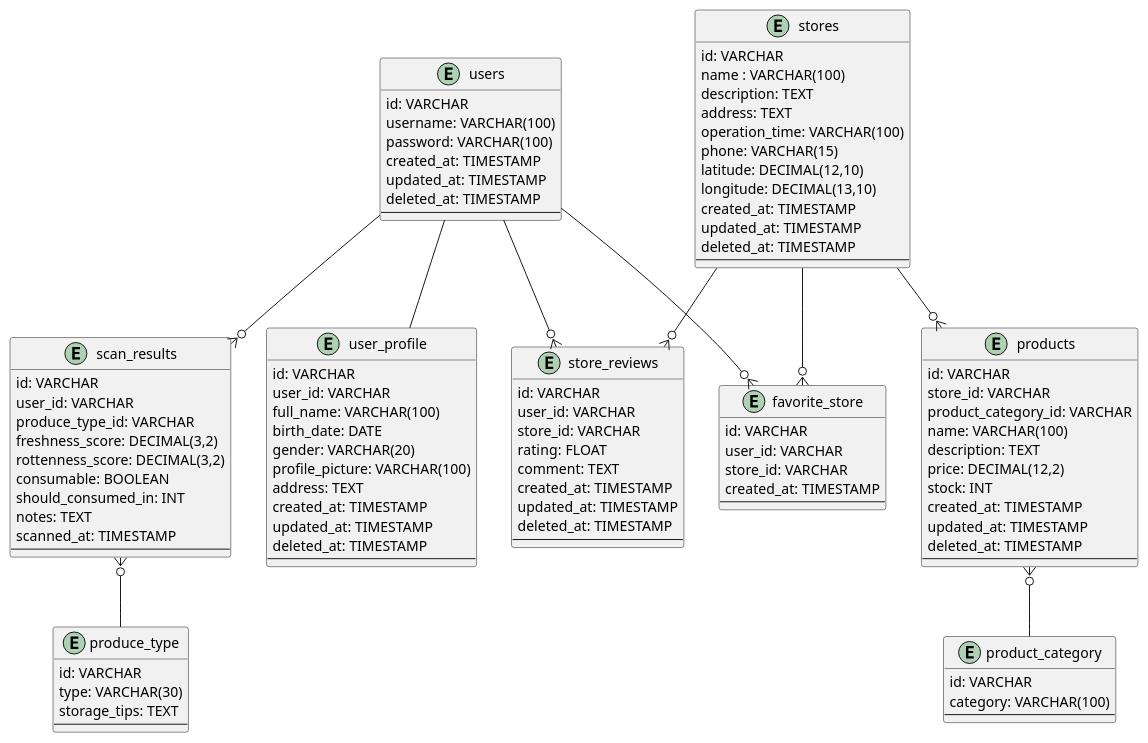
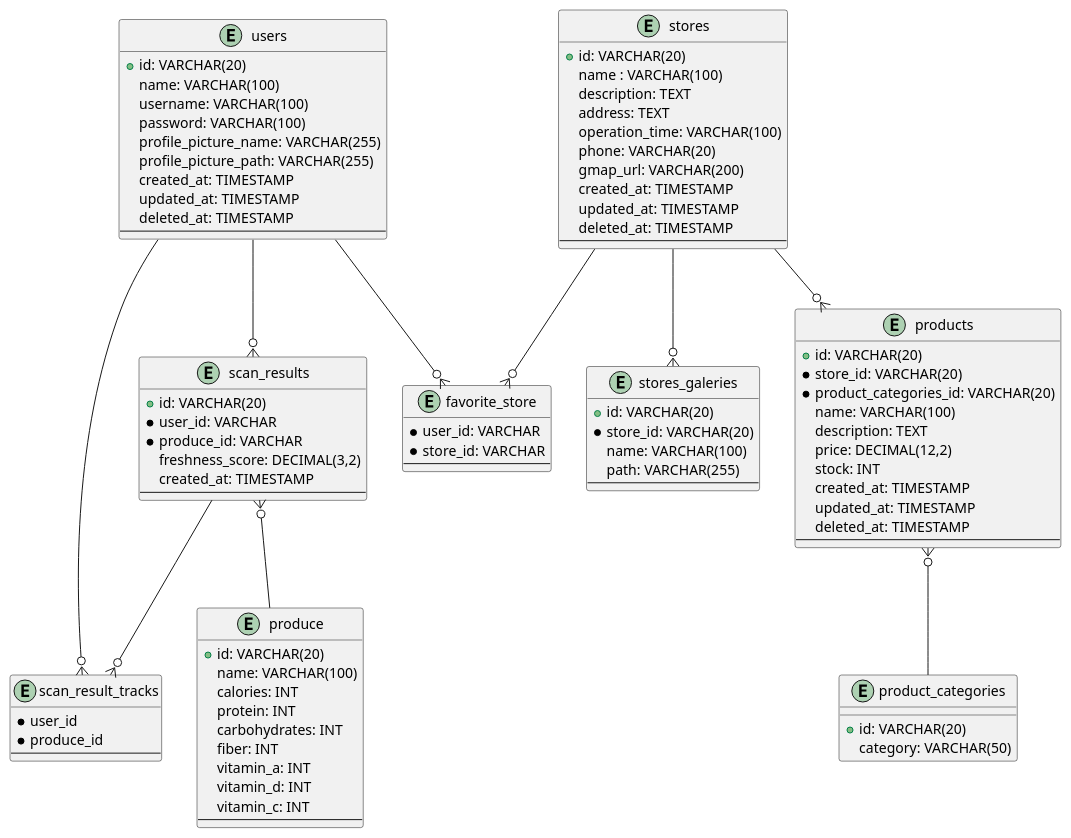
Before and after one commit to C242-PS431/fresh-guard-backend: the diagram in docs/erd/fresh-guard-erd.plantuml, drawn with PlantUML. The commit also changed 4 other files, not shown here.

Commit message:
modified ERD and show ERD image in REAME.md

```diff
--- a/docs/erd/fresh-guard-erd.plantuml
+++ b/docs/erd/fresh-guard-erd.plantuml
@@ -1,112 +1,101 @@
 @startuml fresh-guard-erd
 
 entity users {
-    id: VARCHAR
+    +id: VARCHAR(20)
+    name: VARCHAR(100)
     username: VARCHAR(100)
     password: VARCHAR(100)
-    created_at: TIMESTAMP
-    updated_at: TIMESTAMP
-    deleted_at: TIMESTAMP
-    --
-}
-
-entity user_profile {
-    id: VARCHAR
-    user_id: VARCHAR
-    full_name: VARCHAR(100)
-    birth_date: DATE
-    gender: VARCHAR(20)
-    profile_picture: VARCHAR(100)
-    address: TEXT
+    profile_picture_name: VARCHAR(255)
+    profile_picture_path: VARCHAR(255)
     created_at: TIMESTAMP
     updated_at: TIMESTAMP
     deleted_at: TIMESTAMP
     --
 }
 
 entity scan_results {
-    id: VARCHAR
-    user_id: VARCHAR
-    produce_type_id: VARCHAR
+    +id: VARCHAR(20)
+    *user_id: VARCHAR
+    *produce_id: VARCHAR
     freshness_score: DECIMAL(3,2)
-    rottenness_score: DECIMAL(3,2)
-    consumable: BOOLEAN
-    should_consumed_in: INT
-    notes: TEXT
-    scanned_at: TIMESTAMP
+    created_at: TIMESTAMP
     --
 }
 
-entity produce_type {
-    id: VARCHAR
-    type: VARCHAR(30)
-    storage_tips: TEXT
+entity scan_result_tracks {
+    *user_id
+    *produce_id
+    --
+}
+
+entity produce {
+    +id: VARCHAR(20)
+    name: VARCHAR(100)
+    calories: INT
+    protein: INT
+    carbohydrates: INT 
+    fiber: INT
+    vitamin_a: INT
+    vitamin_d: INT
+    vitamin_c: INT
     --
 }
 
 entity stores {
-    id: VARCHAR
+    +id: VARCHAR(20)
     name : VARCHAR(100)
     description: TEXT
     address: TEXT
     operation_time: VARCHAR(100)
-    phone: VARCHAR(15)
-    latitude: DECIMAL(12,10)
-    longitude: DECIMAL(13,10)
+    phone: VARCHAR(20)
+    gmap_url: VARCHAR(200)
     created_at: TIMESTAMP
     updated_at: TIMESTAMP
     deleted_at: TIMESTAMP
     --
 }
 
-entity favorite_store {
-    id: VARCHAR
-    user_id: VARCHAR
-    store_id: VARCHAR
-    created_at: TIMESTAMP
+entity stores_galeries {
+    +id: VARCHAR(20)
+    *store_id: VARCHAR(20)
+    name: VARCHAR(100)
+    path: VARCHAR(255)
     --
 }
 
-entity store_reviews {
-    id: VARCHAR
-    user_id: VARCHAR
-    store_id: VARCHAR
-    rating: FLOAT
-    comment: TEXT
-    created_at: TIMESTAMP
-    updated_at: TIMESTAMP
-    deleted_at: TIMESTAMP
+entity favorite_store {
+    *user_id: VARCHAR
+    *store_id: VARCHAR
     --
 }
 
 entity products {
-    id: VARCHAR
-    store_id: VARCHAR
-    product_category_id: VARCHAR
+    +id: VARCHAR(20)
+    *store_id: VARCHAR(20)
+    *product_categories_id: VARCHAR(20)
     name: VARCHAR(100)
     description: TEXT
     price: DECIMAL(12,2)
     stock: INT
     created_at: TIMESTAMP
     updated_at: TIMESTAMP
     deleted_at: TIMESTAMP
     ---
 }
 
-entity product_category {
-    id: VARCHAR
-    category: VARCHAR(100)
-    ---
+entity product_categories {
+    +id: VARCHAR(20)
+    category: VARCHAR(50)
 }
 
 ' Relations
-users -- user_profile
 users --o{ scan_results
-scan_results }o-- produce_type
+scan_results }o-- produce
 users --o{ favorite_store
 stores --o{ favorite_store
-users --o{ store_reviews
-stores --o{ store_reviews
 stores --o{ products
-products }o-- product_category
+products }o-- product_categories
+stores --o{ stores_galeries
+users --o{ scan_result_tracks
+scan_results --o{ scan_result_tracks 
 @enduml
```
